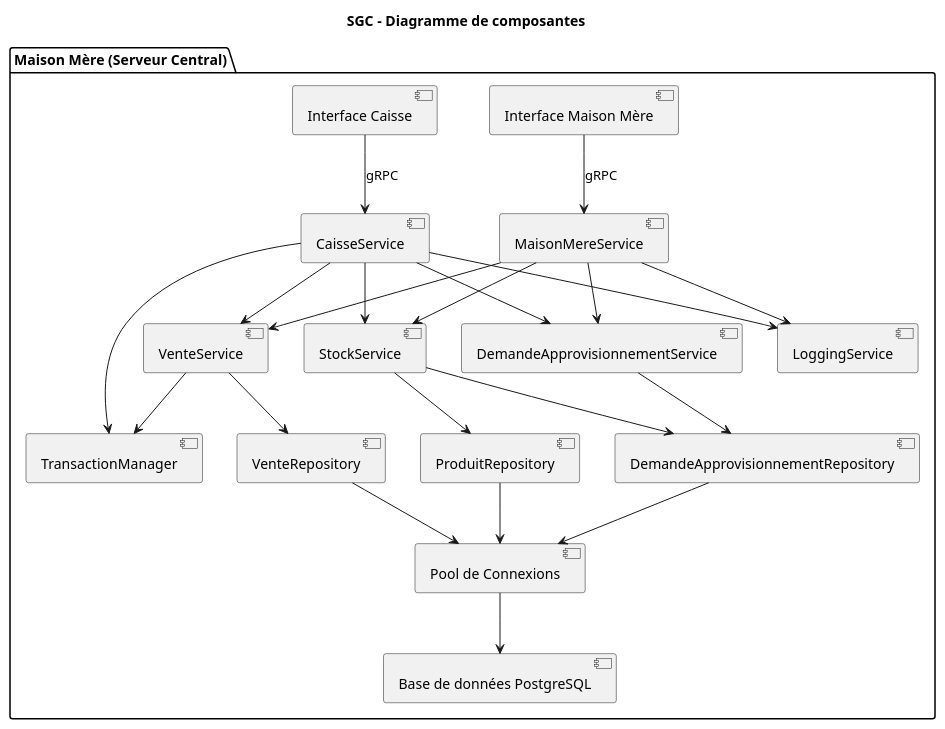
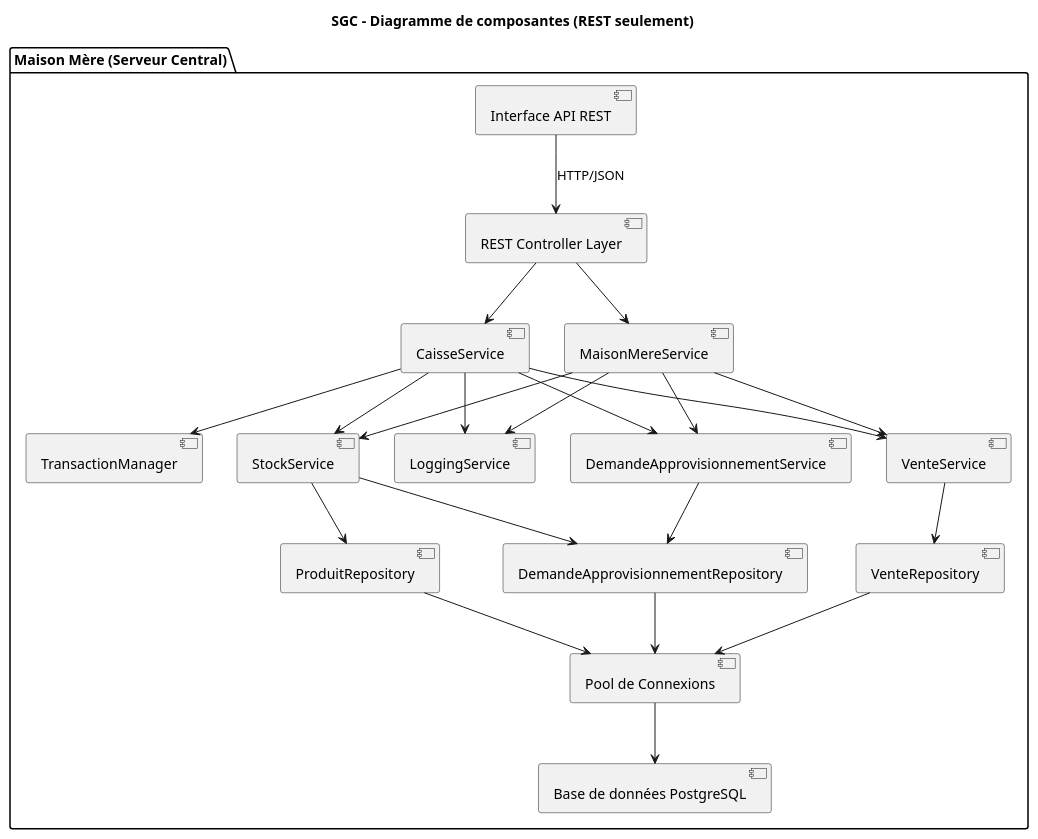
Before and after one commit to NathanGasseau/LOG430-01-Labo-03: the diagram in docs/UML/DiagrammeDeComposant/DCO.puml, drawn with PlantUML. The commit also changed 13 other files, not shown here.

```diff
--- a/docs/UML/DiagrammeDeComposant/DCO.puml
+++ b/docs/UML/DiagrammeDeComposant/DCO.puml
@@ -1,34 +1,36 @@
 @startuml
-title SGC – Diagramme de composantes
+title SGC – Diagramme de composantes (REST seulement)
 
 package "Maison Mère (Serveur Central)" {
-  [Interface Caisse] --> [CaisseService] : gRPC
-  [Interface Maison Mère] --> [MaisonMereService] : gRPC
+
+  [Interface API REST] --> [REST Controller Layer] : HTTP/JSON
+
+  [REST Controller Layer] --> [CaisseService]
+  [REST Controller Layer] --> [MaisonMereService]
 
   [CaisseService] --> [StockService]
   [CaisseService] --> [VenteService]
   [CaisseService] --> [DemandeApprovisionnementService]
   [CaisseService] --> [TransactionManager]
   [CaisseService] --> [LoggingService]
   
   [MaisonMereService] --> [DemandeApprovisionnementService]
   [MaisonMereService] --> [VenteService]
   [MaisonMereService] --> [StockService]
   [MaisonMereService] --> [LoggingService]
 
   [StockService] --> [ProduitRepository]
   [StockService] --> [DemandeApprovisionnementRepository]
 
   [VenteService] --> [VenteRepository]
-  [VenteService] --> [TransactionManager]
 
   [DemandeApprovisionnementService] --> [DemandeApprovisionnementRepository]
 
   [ProduitRepository] --> [Pool de Connexions]
   [VenteRepository] --> [Pool de Connexions]
   [DemandeApprovisionnementRepository] --> [Pool de Connexions]
 
   [Pool de Connexions] --> [Base de données PostgreSQL]
 }
 
 @enduml
```
